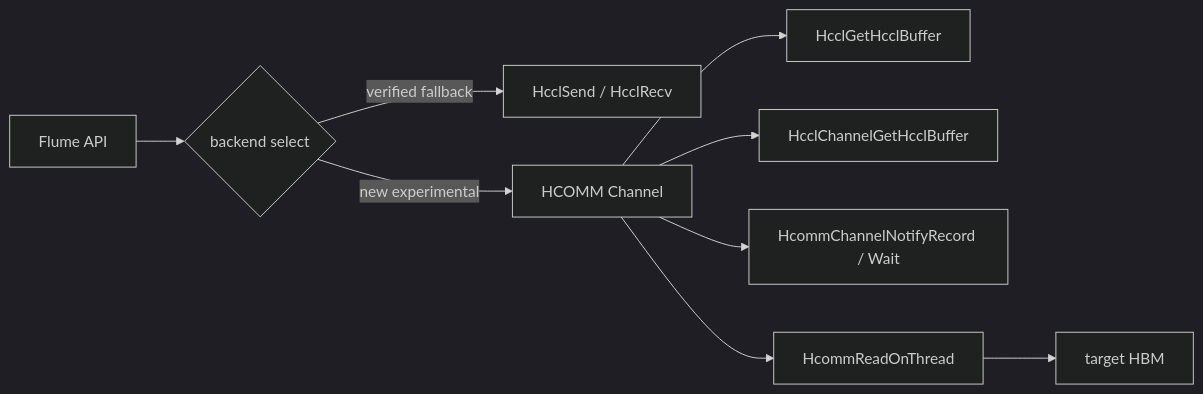
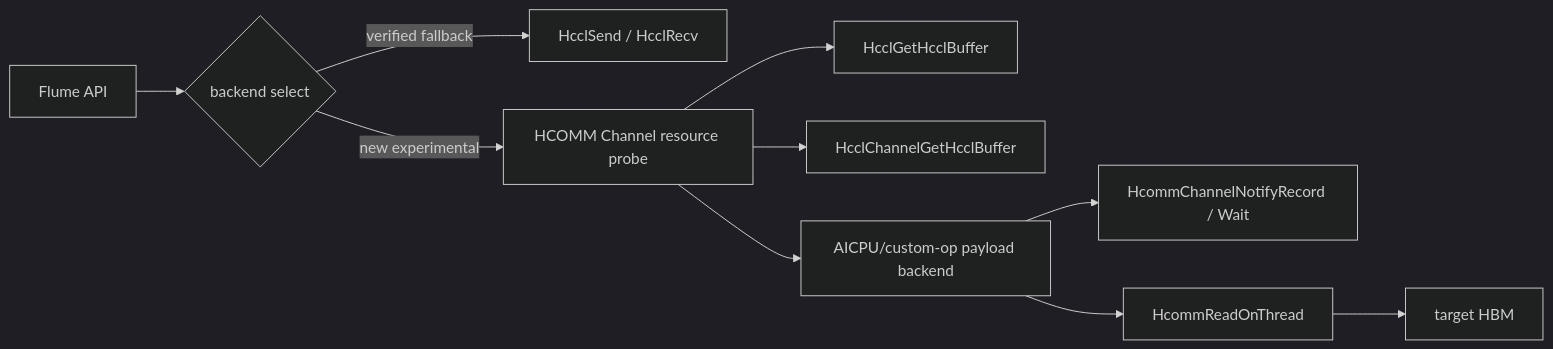
Before and after one commit to Leaf-Salix/flume-ascend-host-bypass-datapath: diagram 11 of 12 in docs/implementation-flow-summary.md, drawn with Mermaid (dark theme). The commit also changed other lines of this file and 12 other files, not shown here.

Commit message:
Add HCOMM channel resource probe

````diff
--- a/docs/implementation-flow-summary.md
+++ b/docs/implementation-flow-summary.md
@@ -478,11 +485,12 @@
 ```mermaid
 flowchart LR
     App["Flume API"] --> Select{"backend select"}
     Select -- "verified fallback" --> HcclP2P["HcclSend / HcclRecv"]
-    Select -- "new experimental" --> Hcomm["HCOMM Channel"]
+    Select -- "new experimental" --> Hcomm["HCOMM Channel resource probe"]
     Hcomm --> LocalBuf["HcclGetHcclBuffer"]
     Hcomm --> RemoteBuf["HcclChannelGetHcclBuffer"]
-    Hcomm --> Notify["HcommChannelNotifyRecord / Wait"]
-    Hcomm --> Read["HcommReadOnThread"]
+    Hcomm --> Payload["AICPU/custom-op payload backend"]
+    Payload --> Notify["HcommChannelNotifyRecord / Wait"]
+    Payload --> Read["HcommReadOnThread"]
     Read --> Dst["target HBM"]
 ```
````
